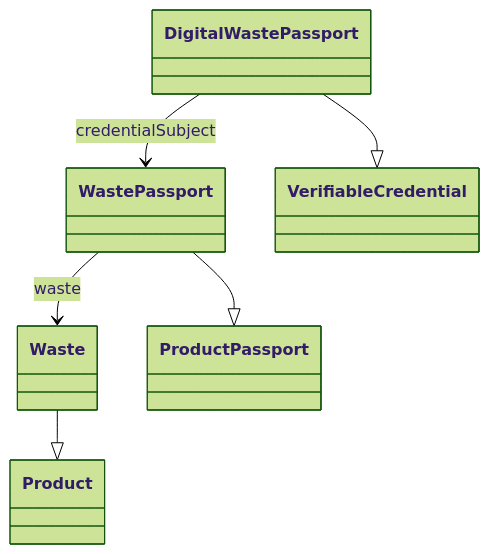
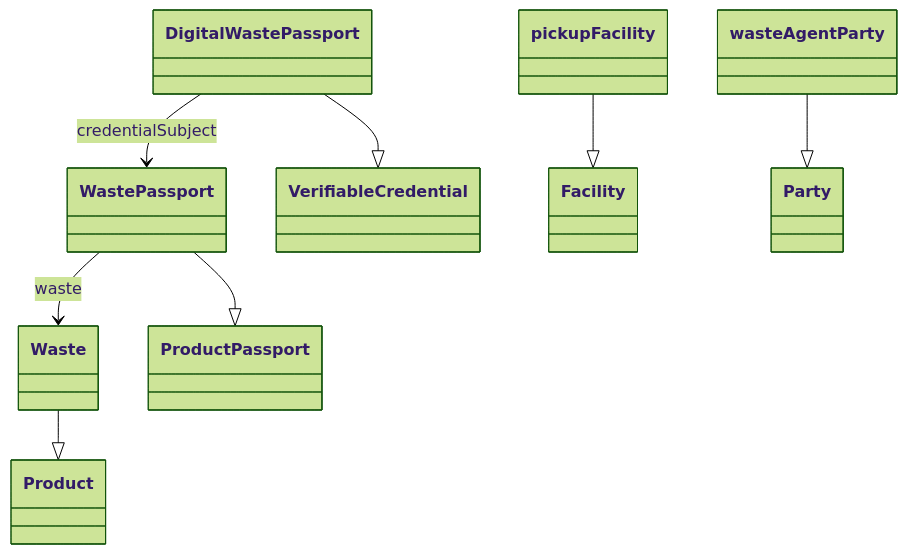
One commit to Blue-Room-Innovation/bri-ontology changed the diagram in build/v0.1/wiki/digitalWastePassport/index.md. Above: the diagram before and after it, drawn with Mermaid (forest theme). The commit also changed other lines of this file and 64 other files, not shown here.

````diff
--- a/build/v0.1/wiki/digitalWastePassport/index.md
+++ b/build/v0.1/wiki/digitalWastePassport/index.md
@@ -5,20 +5,26 @@
 ```mermaid
 classDiagram
    class DigitalWastePassport{
    }
    class Waste{
    }
    class WastePassport{
+   }
+   class pickupFacility{
+   }
+   class wasteAgentParty{
    }
    class Product{
    }
    class VerifiableCredential{
    }
    class ProductPassport{
    }
    DigitalWastePassport --> WastePassport : credentialSubject
    WastePassport --> Waste : waste
    DigitalWastePassport --|> VerifiableCredential
    Waste --|> Product
    WastePassport --|> ProductPassport
+   pickupFacility --|> Facility
+   wasteAgentParty --|> Party
 ```
````
